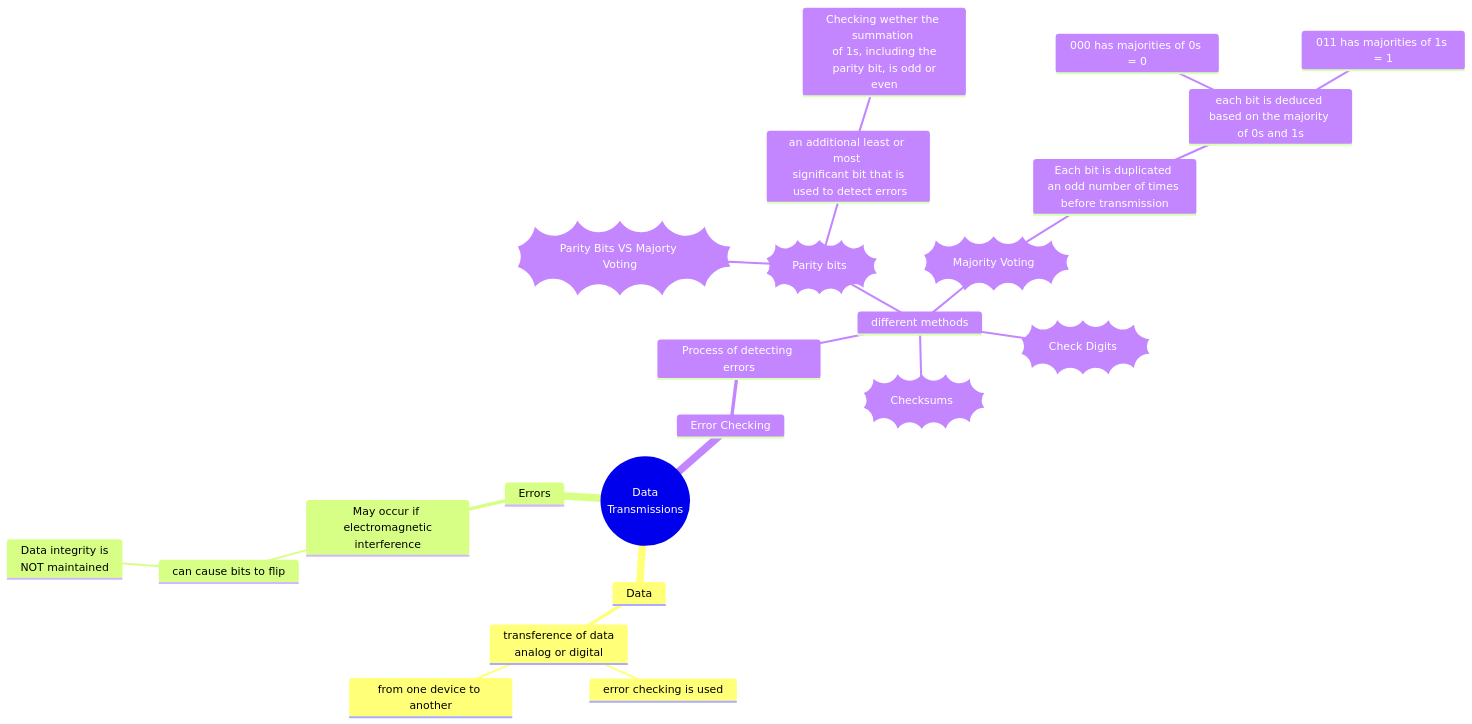
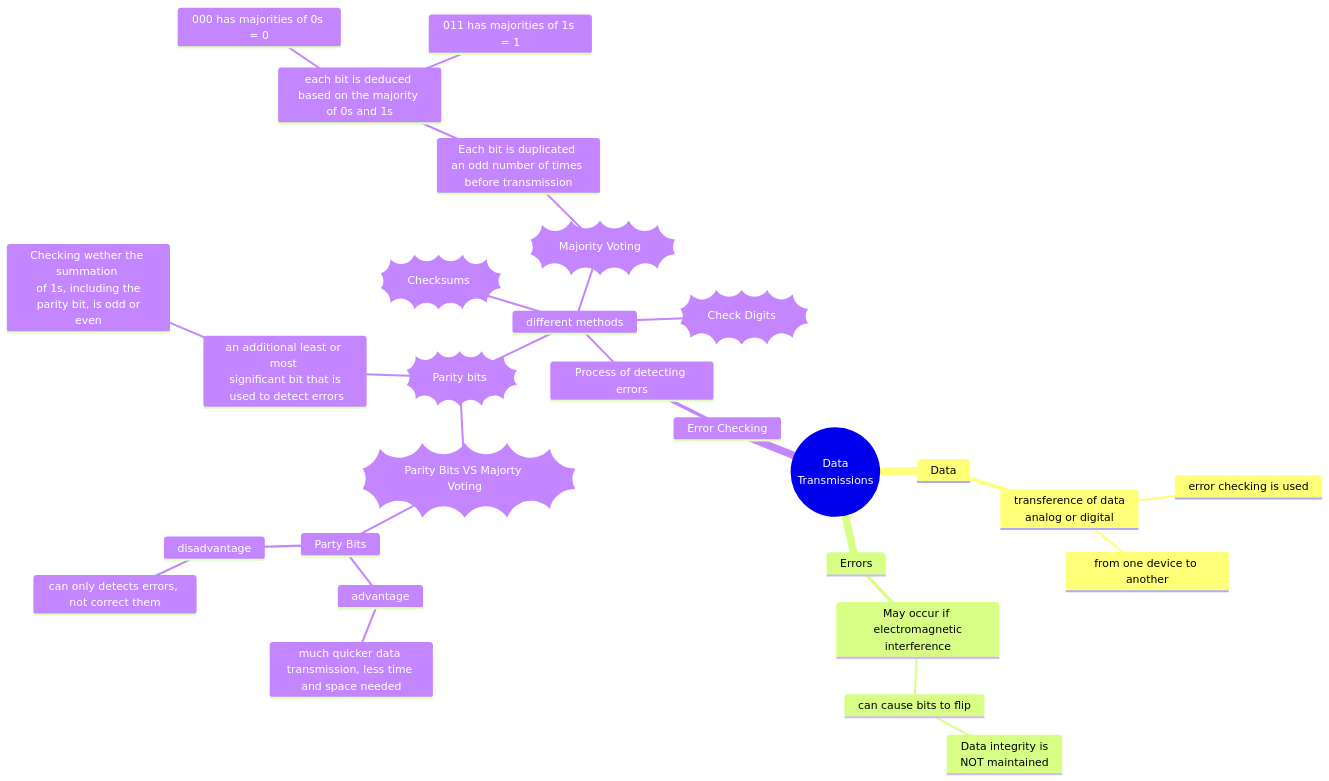
One commit to Marius-PA/ComputerScienceNotes changed the third of 3 diagrams in 2023_Notes/week06-12_november/ascii_and_unicode.md. Above: the diagram before and after it, drawn with Mermaid.

````diff
--- a/2023_Notes/week06-12_november/ascii_and_unicode.md
+++ b/2023_Notes/week06-12_november/ascii_and_unicode.md
@@ -46,28 +46,33 @@
 ```mermaid
 mindmap
   root((Data <br >Transmissions))
     Data
         transference of data <br> analog or digital
             error checking is used
             from one device to another
     Errors
         May occur if <br> electromagnetic interference
             can cause bits to flip
                 Data integrity is <br> NOT maintained
     Error Checking
         Process of detecting errors
             different methods
                 id))Parity bits((
                     id))Parity Bits VS Majorty Voting((
+                        Party Bits
+                            advantage
+                                much quicker data transmission, less time and space needed
+                            disadvantage
+                                can only detects errors, not correct them
                         
                     an additional least or most <br> significant bit that is <br> used to detect errors
                         Checking wether the summation <br> of 1s, including the <br> parity bit, is odd or even
                 id))Majority Voting((
                         Each bit is duplicated an odd number of times before transmission
                             each bit is deduced based on the majority of 0s and 1s
                                 000 has majorities of 0s = 0
                                 011 has majorities of 1s = 1
                 id))Checksums((
                 id))Check Digits((
 
 ```
````
